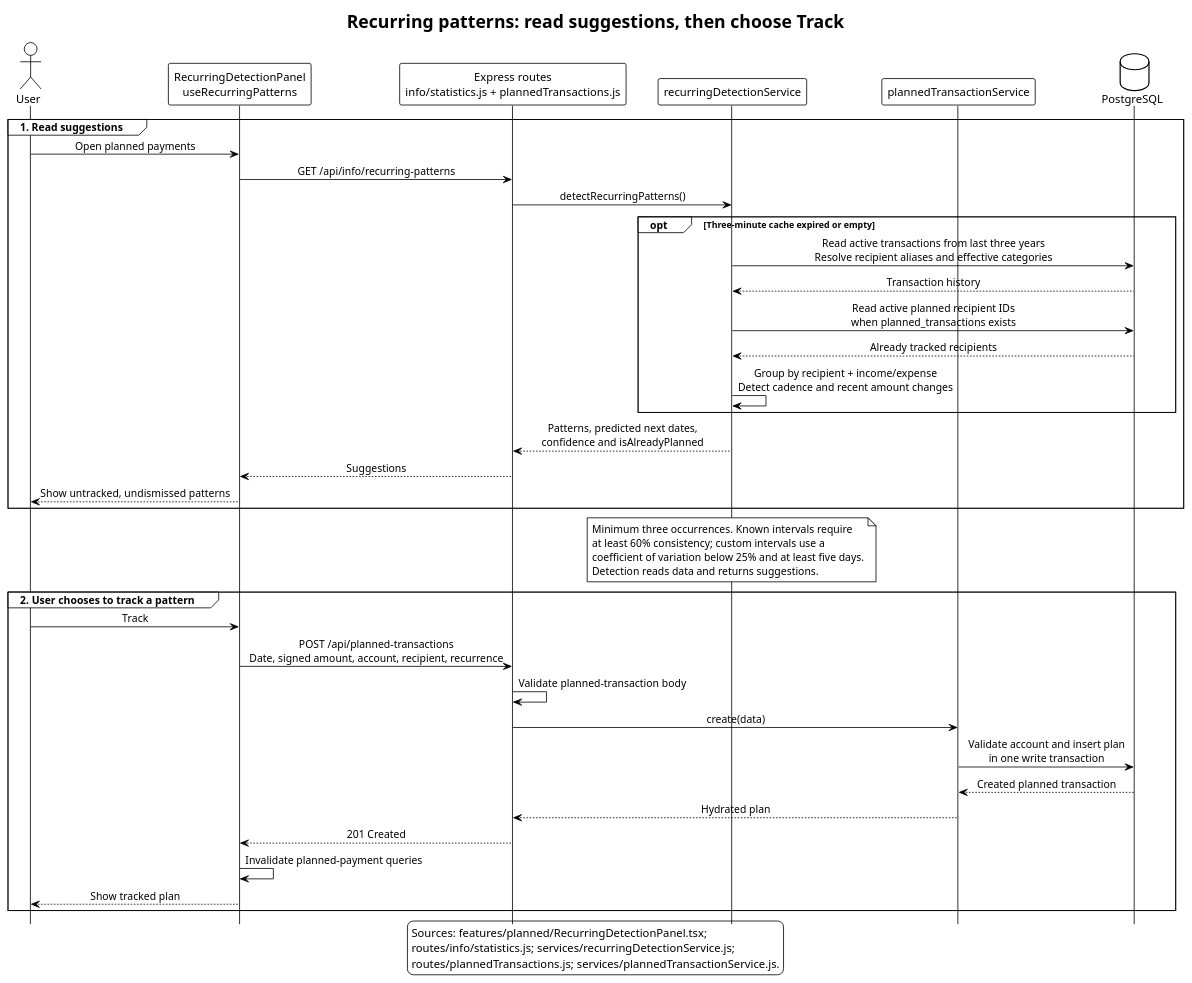
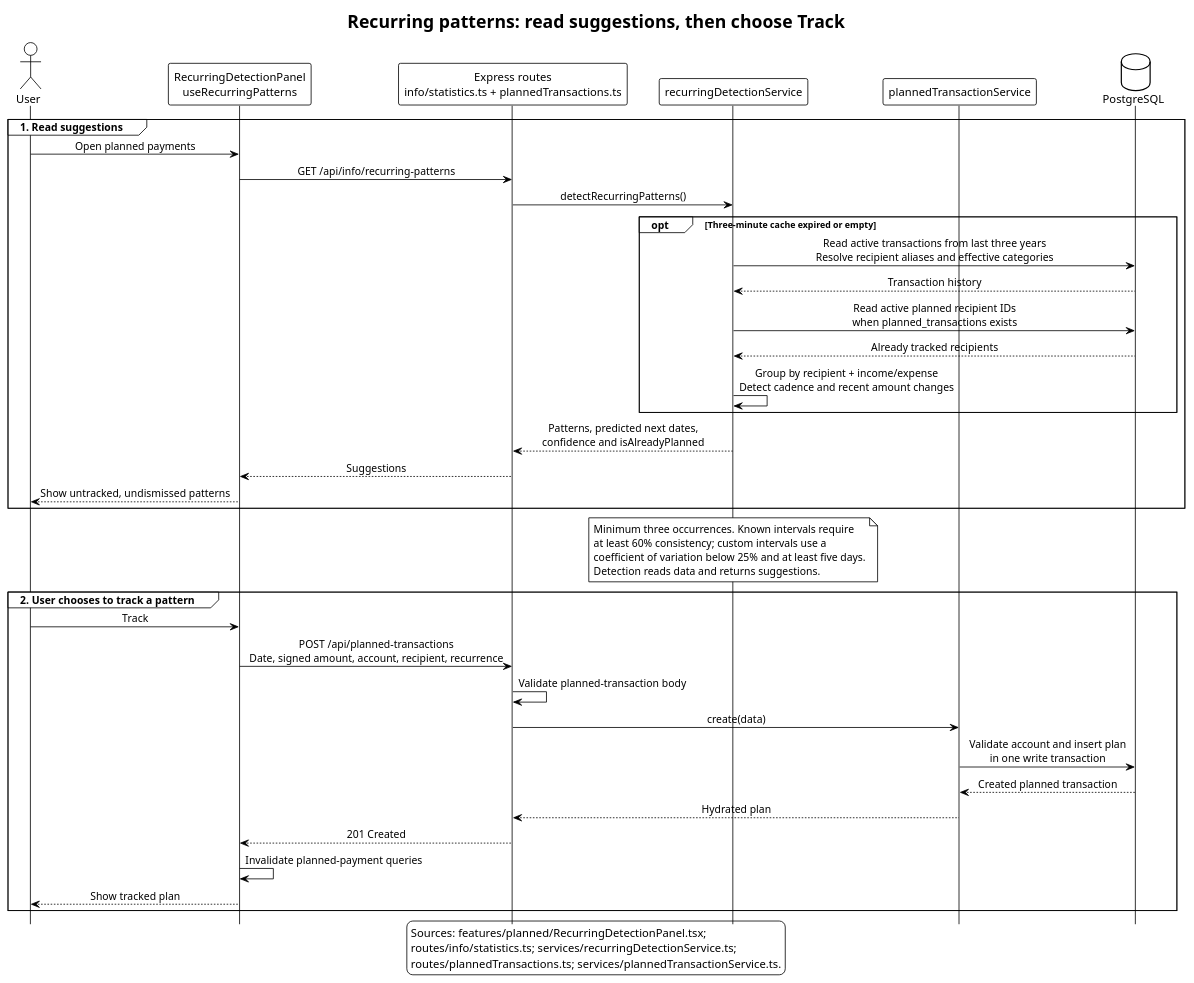
Before and after one commit to EraPartner/Vision: the diagram in docs/diagrams/recurring-detection-flow.puml, drawn with PlantUML. The commit also changed 105 other files, not shown here.

```diff
--- a/docs/diagrams/recurring-detection-flow.puml
+++ b/docs/diagrams/recurring-detection-flow.puml
@@ -1,58 +1,58 @@
 @startuml recurring-detection-flow
 title Recurring patterns: read suggestions, then choose Track
 
 !theme plain
 hide footbox
 skinparam participantPadding 15
 skinparam sequenceMessageAlign center
 
 actor User
 participant "RecurringDetectionPanel\nuseRecurringPatterns" as Panel
-participant "Express routes\ninfo/statistics.js + plannedTransactions.js" as Routes
+participant "Express routes\ninfo/statistics.ts + plannedTransactions.ts" as Routes
 participant "recurringDetectionService" as Detection
 participant "plannedTransactionService" as Planned
 database PostgreSQL as DB
 
 group 1. Read suggestions
   User -> Panel : Open planned payments
   Panel -> Routes : GET /api/info/recurring-patterns
   Routes -> Detection : detectRecurringPatterns()
   opt Three-minute cache expired or empty
     Detection -> DB : Read active transactions from last three years\nResolve recipient aliases and effective categories
     DB --> Detection : Transaction history
     Detection -> DB : Read active planned recipient IDs\nwhen planned_transactions exists
     DB --> Detection : Already tracked recipients
     Detection -> Detection : Group by recipient + income/expense\nDetect cadence and recent amount changes
   end
   Detection --> Routes : Patterns, predicted next dates,\nconfidence and isAlreadyPlanned
   Routes --> Panel : Suggestions
   Panel --> User : Show untracked, undismissed patterns
 end
 
 note over Detection
   Minimum three occurrences. Known intervals require
   at least 60% consistency; custom intervals use a
   coefficient of variation below 25% and at least five days.
   Detection reads data and returns suggestions.
 end note
 
 group 2. User chooses to track a pattern
   User -> Panel : Track
   Panel -> Routes : POST /api/planned-transactions\nDate, signed amount, account, recipient, recurrence
   Routes -> Routes : Validate planned-transaction body
   Routes -> Planned : create(data)
   Planned -> DB : Validate account and insert plan\nin one write transaction
   DB --> Planned : Created planned transaction
   Planned --> Routes : Hydrated plan
   Routes --> Panel : 201 Created
   Panel -> Panel : Invalidate planned-payment queries
   Panel --> User : Show tracked plan
 end
 
 legend bottom
   Sources: features/planned/RecurringDetectionPanel.tsx;
-  routes/info/statistics.js; services/recurringDetectionService.js;
-  routes/plannedTransactions.js; services/plannedTransactionService.js.
+  routes/info/statistics.ts; services/recurringDetectionService.ts;
+  routes/plannedTransactions.ts; services/plannedTransactionService.ts.
 endlegend
 
 @enduml
```
